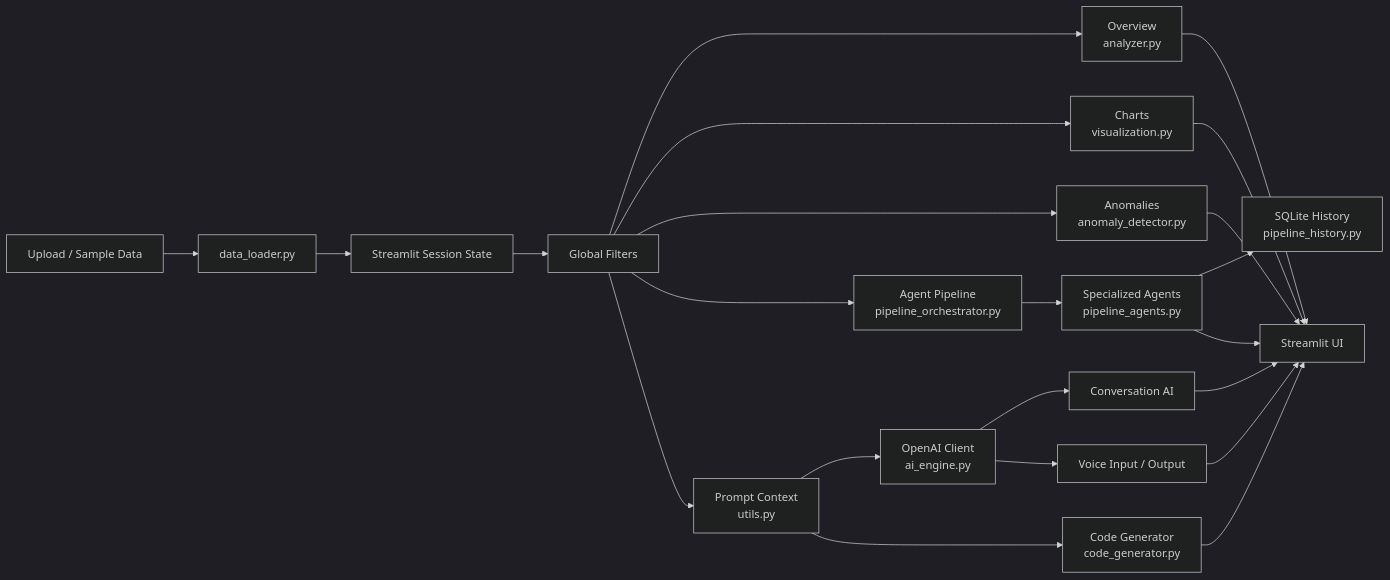
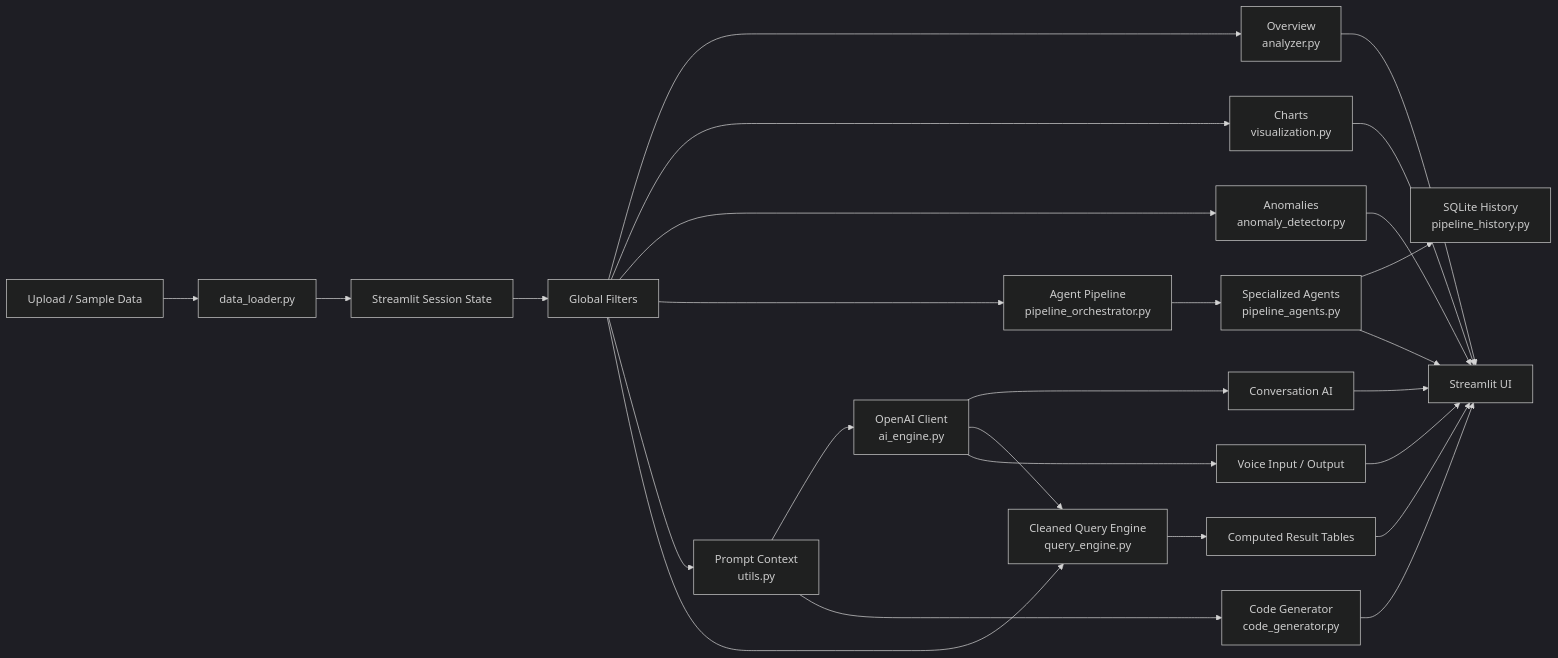
Before and after one commit to AryanHooda-04/AI_Data_Analyst: the diagram in ai_data_analyst/README.md, drawn with Mermaid (dark theme). The commit also changed other lines of this file and 4 other files, not shown here.

Commit message:
Add InsightAnalytica branding and cleaned query results

````diff
--- a/ai_data_analyst/README.md
+++ b/ai_data_analyst/README.md
@@ -45,24 +46,28 @@
 ```mermaid
 flowchart LR
     A["Upload / Sample Data"] --> B["data_loader.py"]
     B --> C["Streamlit Session State"]
     C --> D["Global Filters"]
     D --> E["Overview<br/>analyzer.py"]
     D --> F["Charts<br/>visualization.py"]
     D --> G["Anomalies<br/>anomaly_detector.py"]
     D --> N["Agent Pipeline<br/>pipeline_orchestrator.py"]
     N --> O["Specialized Agents<br/>pipeline_agents.py"]
     O --> P["SQLite History<br/>pipeline_history.py"]
     D --> H["Prompt Context<br/>utils.py"]
+    D --> Q["Cleaned Query Engine<br/>query_engine.py"]
     H --> I["OpenAI Client<br/>ai_engine.py"]
     I --> J["Conversation AI"]
+    I --> Q
+    Q --> R["Computed Result Tables"]
     I --> K["Voice Input / Output"]
     H --> L["Code Generator<br/>code_generator.py"]
     E --> M["Streamlit UI"]
     F --> M
     G --> M
     O --> M
     J --> M
+    R --> M
     K --> M
     L --> M
 ```
````
